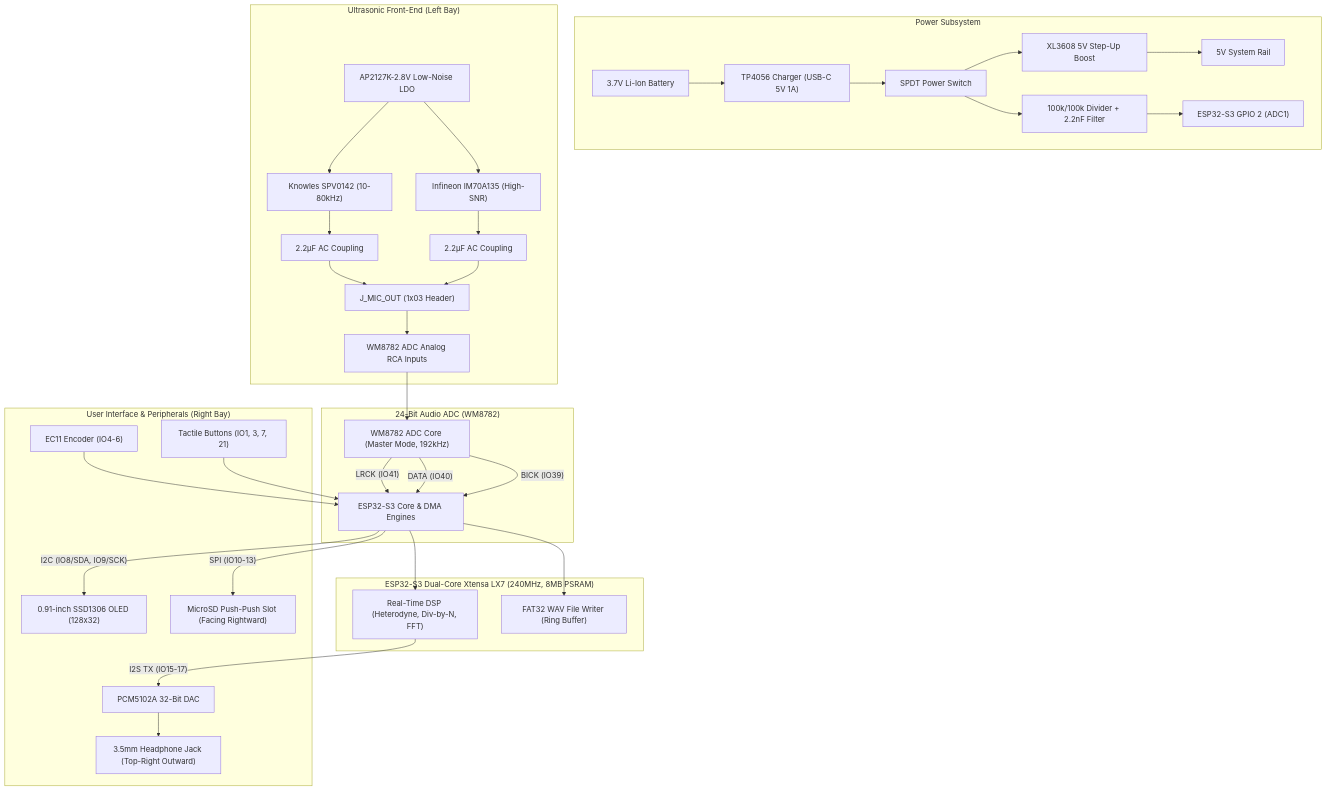
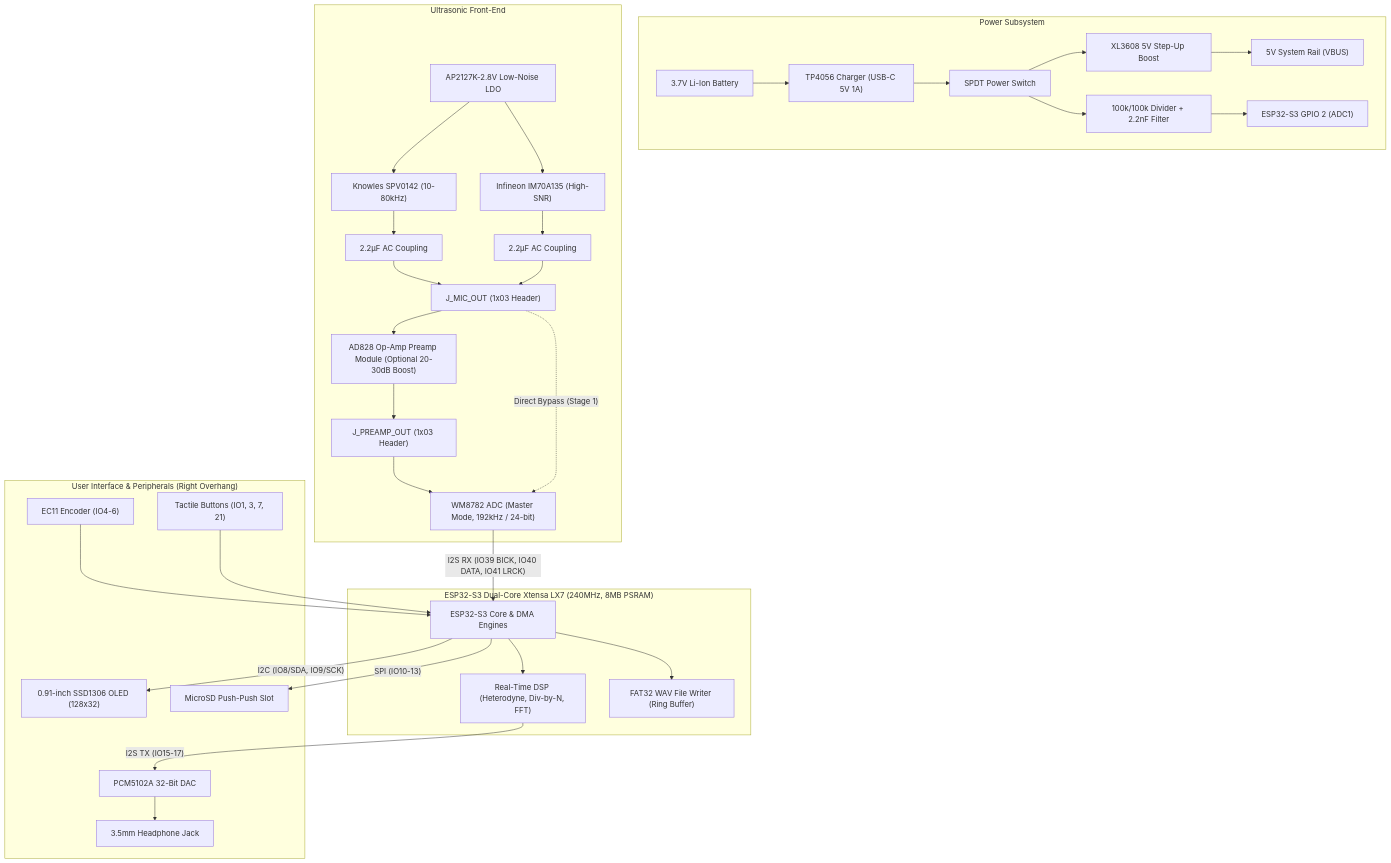
Before and after one commit to sanshraychoudhary-hue/AtiDhwani-Bat-PAM-Node: the diagram in README.md, drawn with Mermaid. The commit also changed other lines of this file and 33 other files, not shown here.

````diff
--- a/README.md
+++ b/README.md
@@ -67,43 +75,39 @@
 ```mermaid
 flowchart TD
     subgraph Power["Power Subsystem"]
         BATT["3.7V Li-Ion Battery"] --> TP["TP4056 Charger (USB-C 5V 1A)"]
         TP --> SW["SPDT Power Switch"]
         SW --> BOOST["XL3608 5V Step-Up Boost"]
         SW --> GAUGE["100k/100k Divider + 2.2nF Filter"]
-        BOOST --> V5["5V System Rail"]
+        BOOST --> V5["5V System Rail (VBUS)"]
         GAUGE --> IO2["ESP32-S3 GPIO 2 (ADC1)"]
     end
 
-    subgraph Acoustic["Ultrasonic Front-End (Left Bay)"]
+    subgraph Acoustic["Ultrasonic Front-End"]
         LDO["AP2127K-2.8V Low-Noise LDO"] --> MIC1["Knowles SPV0142 (10-80kHz)"]
         LDO --> MIC2["Infineon IM70A135 (High-SNR)"]
         MIC1 --> C1["2.2µF AC Coupling"]
         MIC2 --> C2["2.2µF AC Coupling"]
         C1 --> J_MIC["J_MIC_OUT (1x03 Header)"]
         C2 --> J_MIC
-        J_MIC --> RCA["WM8782 ADC Analog RCA Inputs"]
-    end
-
-    subgraph Digital_ADC["24-Bit Audio ADC (WM8782)"]
-        RCA --> ADC["WM8782 ADC Core (Master Mode, 192kHz)"]
-        ADC -- "LRCK (IO41)" --> ESP
-        ADC -- "DATA (IO40)" --> ESP
-        ADC -- "BICK (IO39)" --> ESP
+        J_MIC --> PREAMP["AD828 Op-Amp Preamp Module (Optional 20-30dB Boost)"]
+        PREAMP --> J_PRE["J_PREAMP_OUT (1x03 Header)"]
+        J_PRE --> ADC["WM8782 ADC (Master Mode, 192kHz / 24-bit)"]
+        J_MIC -. "Direct Bypass (Stage 1)" .-> ADC
     end
 
     subgraph Core["ESP32-S3 Dual-Core Xtensa LX7 (240MHz, 8MB PSRAM)"]
-        ESP["ESP32-S3 Core & DMA Engines"]
+        ADC -- "I2S RX (IO39 BICK, IO40 DATA, IO41 LRCK)" --> ESP["ESP32-S3 Core & DMA Engines"]
         ESP --> DSP["Real-Time DSP (Heterodyne, Div-by-N, FFT)"]
         ESP --> REC["FAT32 WAV File Writer (Ring Buffer)"]
     end
 
-    subgraph UI_Right["User Interface & Peripherals (Right Bay)"]
+    subgraph UI_Right["User Interface & Peripherals (Right Overhang)"]
         ESP -- "I2C (IO8/SDA, IO9/SCK)" --> OLED["0.91-inch SSD1306 OLED (128x32)"]
-        ESP -- "SPI (IO10-13)" --> SD["MicroSD Push-Push Slot (Facing Rightward)"]
+        ESP -- "SPI (IO10-13)" --> SD["MicroSD Push-Push Slot"]
         DSP -- "I2S TX (IO15-17)" --> DAC["PCM5102A 32-Bit DAC"]
-        DAC --> PHONE["3.5mm Headphone Jack (Top-Right Outward)"]
+        DAC --> PHONE["3.5mm Headphone Jack"]
         ENC["EC11 Encoder (IO4-6)"] --> ESP
         BTNS["Tactile Buttons (IO1, 3, 7, 21)"] --> ESP
     end
 ```
````
